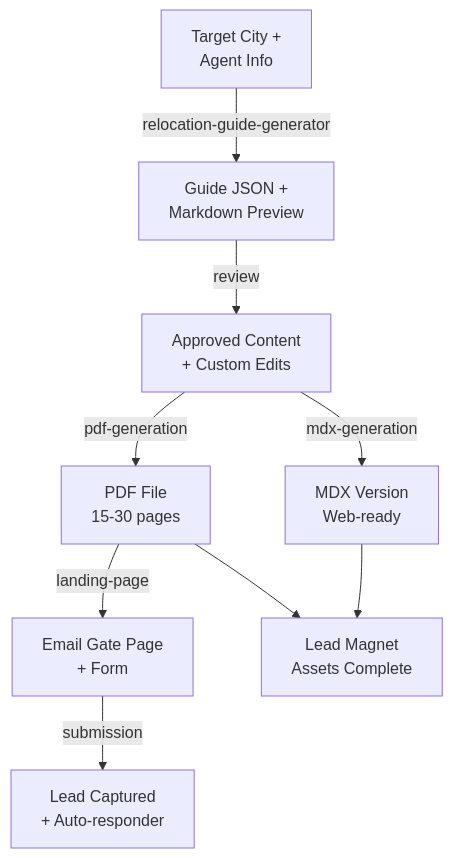
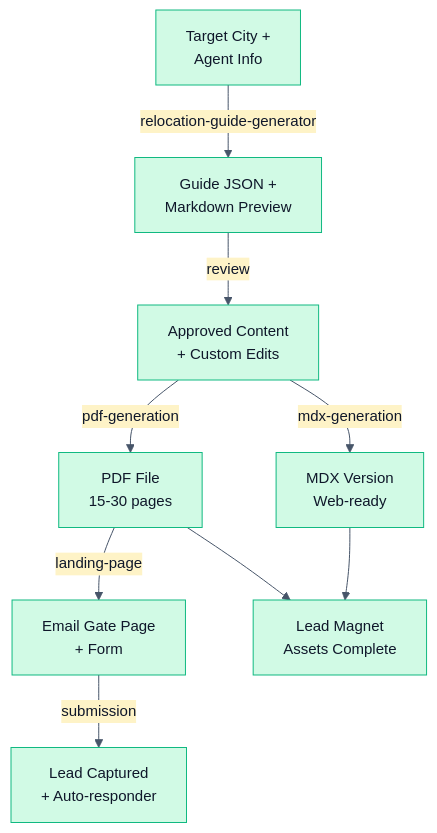
One commit to tominhphong/documentationai-guide changed the diagram in workflows/lead-magnet-generation.mdx. Above: the diagram before and after it, drawn with Mermaid. The commit also changed 5 other files, not shown here.

First line of the commit message:
style(mermaid): inject brand-aligned theme to fix faint text on dark mode

````diff
--- a/workflows/lead-magnet-generation.mdx
+++ b/workflows/lead-magnet-generation.mdx
@@ -147,12 +147,13 @@
 ```mermaid
+%%{init: {'theme':'base', 'themeVariables': {'primaryTextColor':'#0F172A','primaryColor':'#D1FAE5','primaryBorderColor':'#10B981','lineColor':'#475569','secondaryColor':'#FEF3C7','tertiaryColor':'#FCE7F3','fontSize':'15px','fontFamily':'system-ui'}}}%%
 graph TD
     A["Target City +<br/>Agent Info"] -->|relocation-guide-generator| B["Guide JSON +<br/>Markdown Preview"]
     B -->|review| C["Approved Content<br/>+ Custom Edits"]
     C -->|pdf-generation| D["PDF File<br/>15-30 pages"]
     C -->|mdx-generation| E["MDX Version<br/>Web-ready"]
     D -->|landing-page| F["Email Gate Page<br/>+ Form"]
     
     F -->|submission| G["Lead Captured<br/>+ Auto-responder"]
     E --> H["Lead Magnet<br/>Assets Complete"]
     D --> H
 ```
````
